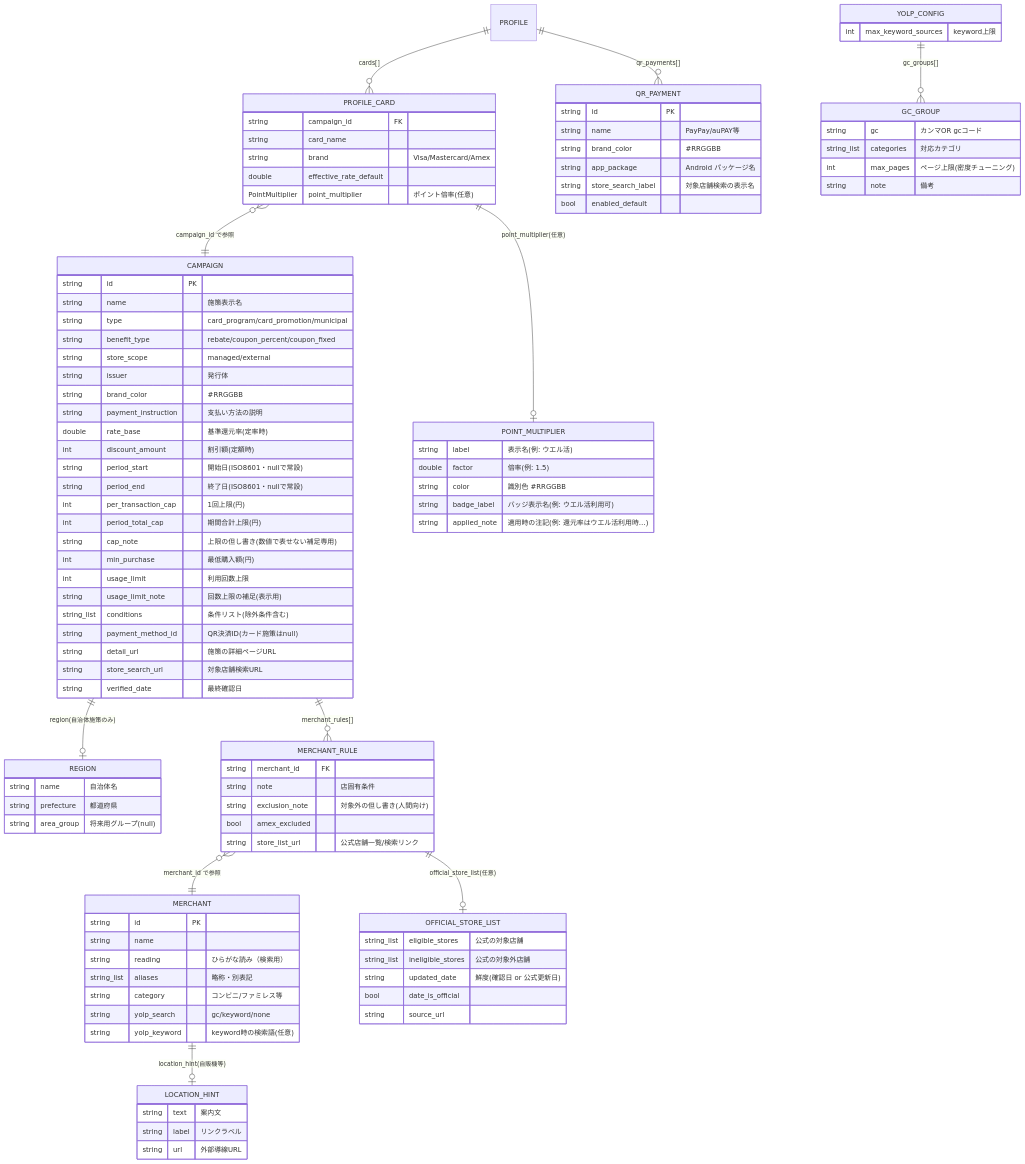
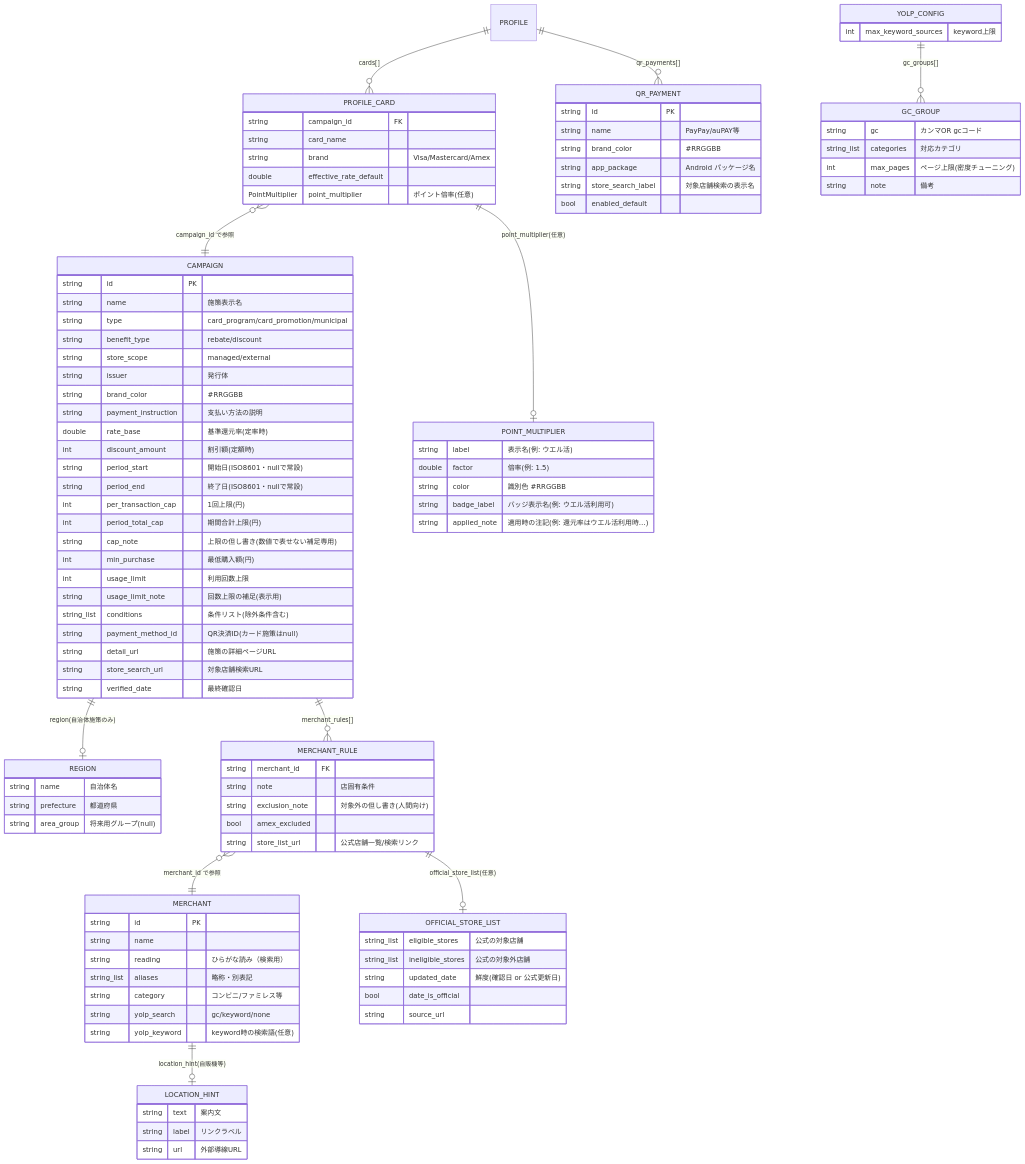
The second of 6 diagrams in docs/code-guide.md (ktakjm/poikatsu), drawn with Mermaid before and after one commit. The commit also changed other lines of this file and 4 other files, not shown here.

First line of the commit message:
refactor: BenefitType を 2 値(rebate/discount)+形態導出に再編 (#30)

```diff
--- a/docs/code-guide.md
+++ b/docs/code-guide.md
@@ -147,7 +147,7 @@
         string id PK
         string name "施策表示名"
         string type "card_program/card_promotion/municipal"
-        string benefit_type "rebate/coupon_percent/coupon_fixed"
+        string benefit_type "rebate/discount"
         string store_scope "managed/external"
         string issuer "発行体"
         string brand_color "#RRGGBB"
```
